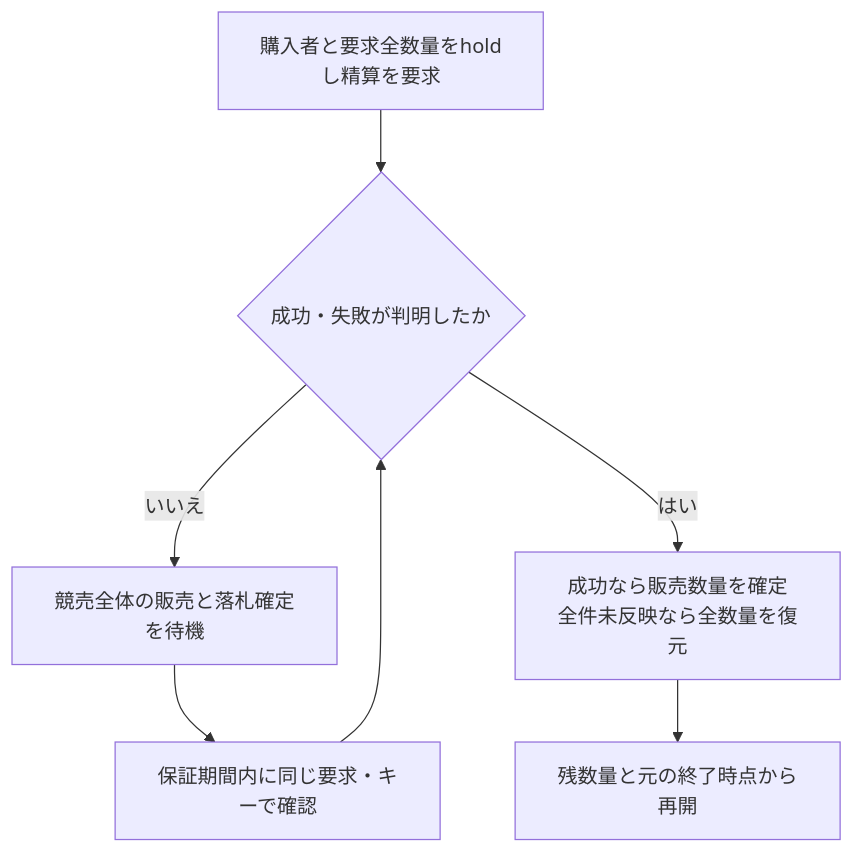
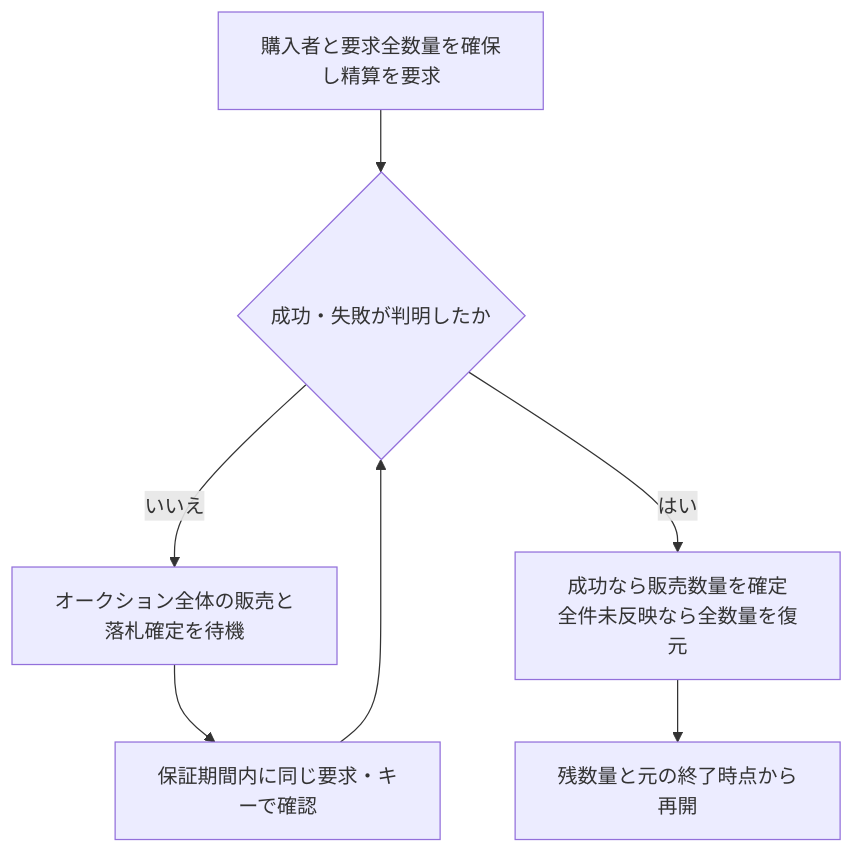
One commit to yuichisugio/freeism changed the first of 5 diagrams in projects/markets-web-app/docs/specification/v0.2.1/details/all.ja.md. Above: the diagram before and after it, drawn with Mermaid. The commit also changed other lines of this file, not shown here.

````diff
--- a/projects/markets-web-app/docs/specification/v0.2.1/details/all.ja.md
+++ b/projects/markets-web-app/docs/specification/v0.2.1/details/all.ja.md
@@ -930,9 +837,9 @@
 ```mermaid
 flowchart TD
-  A["購入者と要求全数量をholdし精算を要求"] --> B{"成功・失敗が判明したか"}
-  B -->|いいえ| C["競売全体の販売と落札確定を待機"]
+  A["購入者と要求全数量を確保し精算を要求"] --> B{"成功・失敗が判明したか"}
+  B -->|いいえ| C["オークション全体の販売と落札確定を待機"]
   C --> D["保証期間内に同じ要求・キーで確認"]
   D --> B
   B -->|はい| E["成功なら販売数量を確定<br/>全件未反映なら全数量を復元"]
   E --> F["残数量と元の終了時点から再開"]
 ```
````
